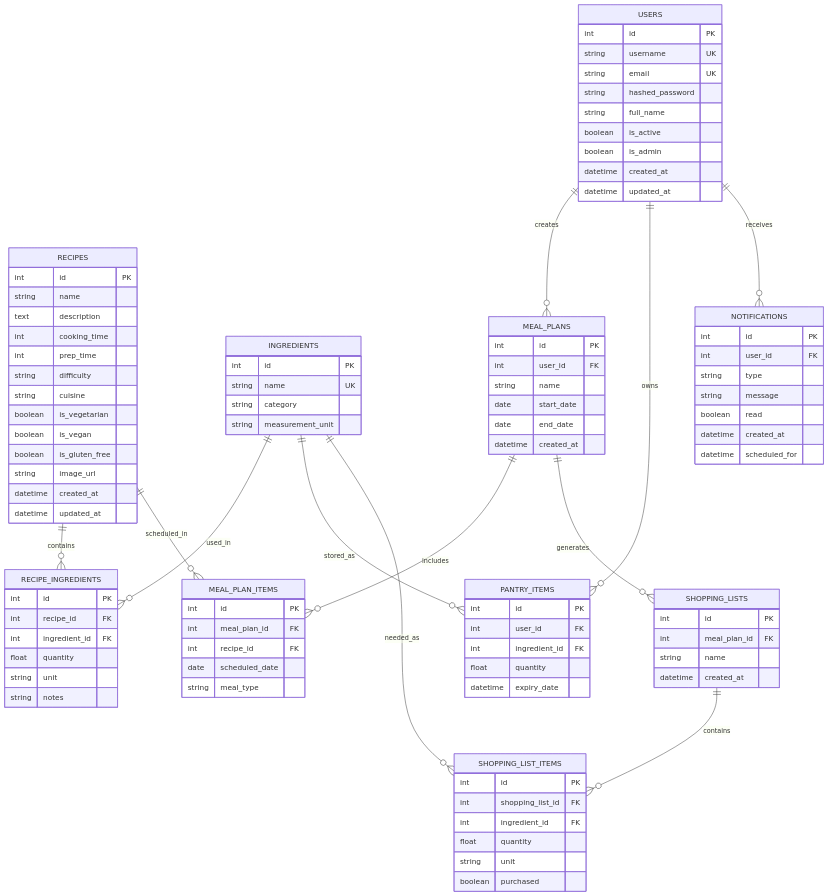
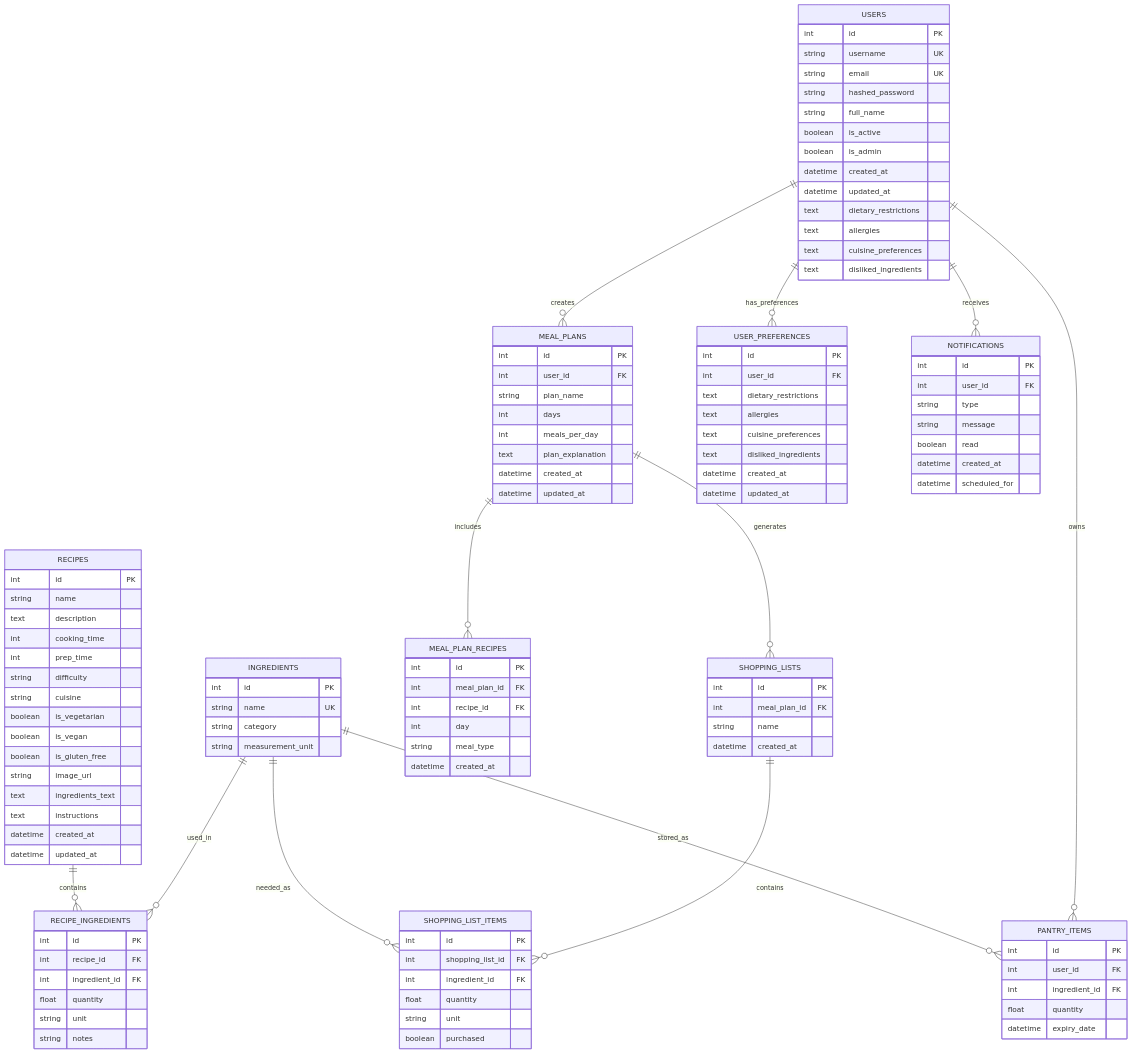
Before and after one commit to benes0508/MealMateAI: the third of 6 diagrams in docs/architecture-diagram.md, drawn with Mermaid. The commit also changed other lines of this file and 1 other file, not shown here.

````diff
--- a/docs/architecture-diagram.md
+++ b/docs/architecture-diagram.md
@@ -150,5 +167,6 @@
 ```mermaid
 erDiagram
+    %% User Service Database (MySQL)
     USERS {
         int id PK
         string username UK
@@ -159,8 +177,13 @@
         boolean is_admin
         datetime created_at
         datetime updated_at
+        text dietary_restrictions
+        text allergies
+        text cuisine_preferences
+        text disliked_ingredients
     }
     
+    %% Recipe Service Database (PostgreSQL)
     RECIPES {
         int id PK
         string name
@@ -173,6 +196,8 @@
         boolean is_vegan
         boolean is_gluten_free
         string image_url
+        text ingredients_text
+        text instructions
         datetime created_at
         datetime updated_at
     }
@@ -193,23 +218,39 @@
         string notes
     }
     
+    %% Meal Planner Service Database (PostgreSQL)
     MEAL_PLANS {
         int id PK
         int user_id FK
-        string name
-        date start_date
-        date end_date
+        string plan_name
+        int days
+        int meals_per_day
+        text plan_explanation
+        datetime created_at
+        datetime updated_at
+    }
+    
+    MEAL_PLAN_RECIPES {
+        int id PK
+        int meal_plan_id FK
+        int recipe_id FK
+        int day
+        string meal_type
         datetime created_at
     }
     
-    MEAL_PLAN_ITEMS {
+    USER_PREFERENCES {
         int id PK
-        int meal_plan_id FK
-        int recipe_id FK
-        date scheduled_date
-        string meal_type
+        int user_id FK
+        text dietary_restrictions
+        text allergies
+        text cuisine_preferences
+        text disliked_ingredients
+        datetime created_at
+        datetime updated_at
     }
     
+    %% Future Tables
     PANTRY_ITEMS {
         int id PK
         int user_id FK
@@ -244,15 +285,16 @@
         datetime scheduled_for
     }
 
-    USERS ||--o{ MEAL_PLANS : creates
-    USERS ||--o{ PANTRY_ITEMS : owns
+    %% Relationships
     RECIPES ||--o{ RECIPE_INGREDIENTS : contains
     INGREDIENTS ||--o{ RECIPE_INGREDIENTS : used_in
     INGREDIENTS ||--o{ PANTRY_ITEMS : stored_as
     INGREDIENTS ||--o{ SHOPPING_LIST_ITEMS : needed_as
-    MEAL_PLANS ||--o{ MEAL_PLAN_ITEMS : includes
+    MEAL_PLANS ||--o{ MEAL_PLAN_RECIPES : includes
     MEAL_PLANS ||--o{ SHOPPING_LISTS : generates
     SHOPPING_LISTS ||--o{ SHOPPING_LIST_ITEMS : contains
-    RECIPES ||--o{ MEAL_PLAN_ITEMS : scheduled_in
+    USERS ||--o{ MEAL_PLANS : creates
+    USERS ||--o{ PANTRY_ITEMS : owns
     USERS ||--o{ NOTIFICATIONS : receives
+    USERS ||--o{ USER_PREFERENCES : has_preferences
 ```
````
